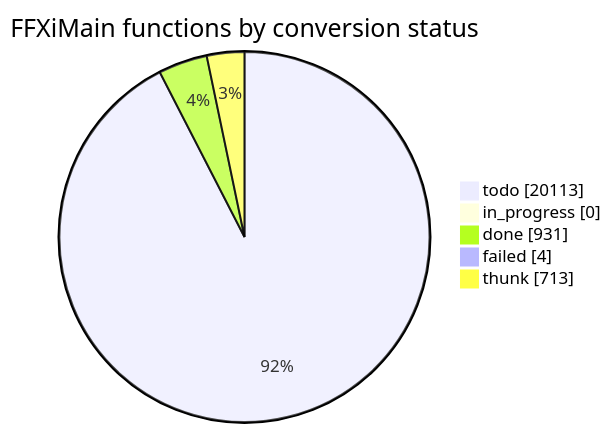
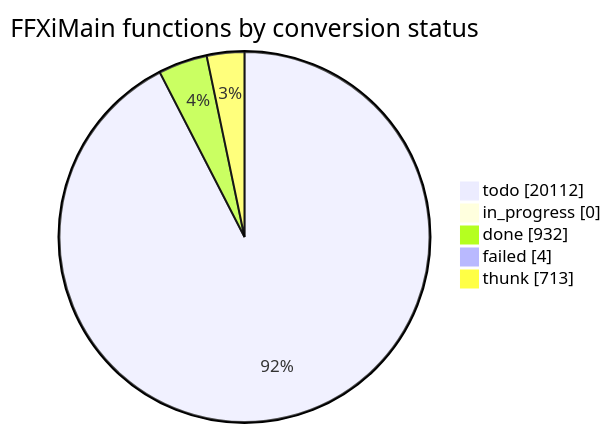
One commit to cowrevenge/cow_kuluu_xi_anything changed the diagram in docs/cow/STATUS.md. Above: the diagram before and after it, drawn with Mermaid. The commit also changed other lines of this file and 9 other files, not shown here.

````diff
--- a/docs/cow/STATUS.md
+++ b/docs/cow/STATUS.md
@@ -18,9 +18,9 @@
 ```mermaid
 pie showData
     title FFXiMain functions by conversion status
-    "todo" : 20113
+    "todo" : 20112
     "in_progress" : 0
-    "done" : 931
+    "done" : 932
     "failed" : 4
     "thunk" : 713
 ```
````
